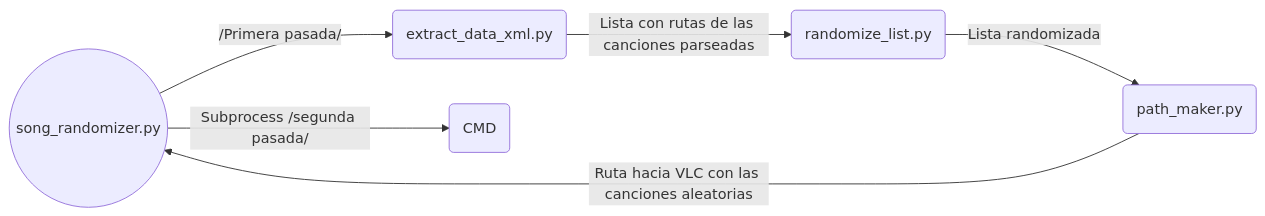
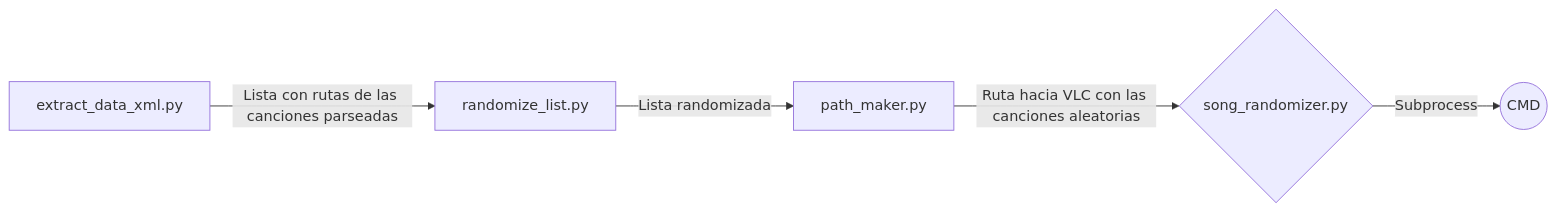
Before and after one commit to Semperz/VLC_PlayShuffle: the diagram in README.md, drawn with Mermaid. The commit also changed other lines of this file, not shown here.

Commit message:
docs(README.md): update README with mermaid graphic and new coverage report

````diff
--- a/README.md
+++ b/README.md
@@ -69,8 +69,7 @@
 ```mermaid
 graph LR
-A((song_randomizer.py)) -- /Primera pasada/ --> B(extract_data_xml.py) 
-B -- Lista con rutas de las canciones parseadas --> C(randomize_list.py) 
-C -- Lista randomizada --> D(path_maker.py)
-D(path_maker.py) -- Ruta hacia VLC con las canciones aleatorias --> A 
-A -- Subprocess /segunda pasada/ --> E(CMD)
+A[extract_data_xml.py] -- Lista con rutas de las canciones parseadas --> B[randomize_list.py] 
+B -- Lista randomizada --> C[path_maker.py]
+C[path_maker.py] -- Ruta hacia VLC con las canciones aleatorias --> D 
+D{song_randomizer.py} -- Subprocess --> E((CMD))
 ```
````
